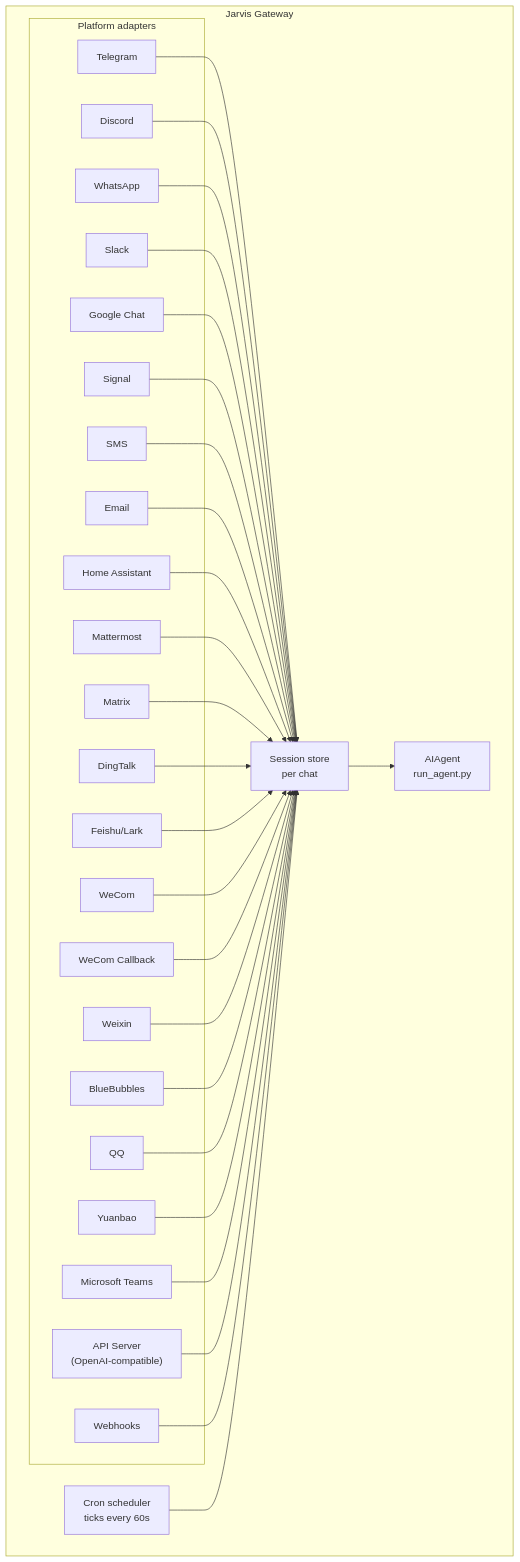
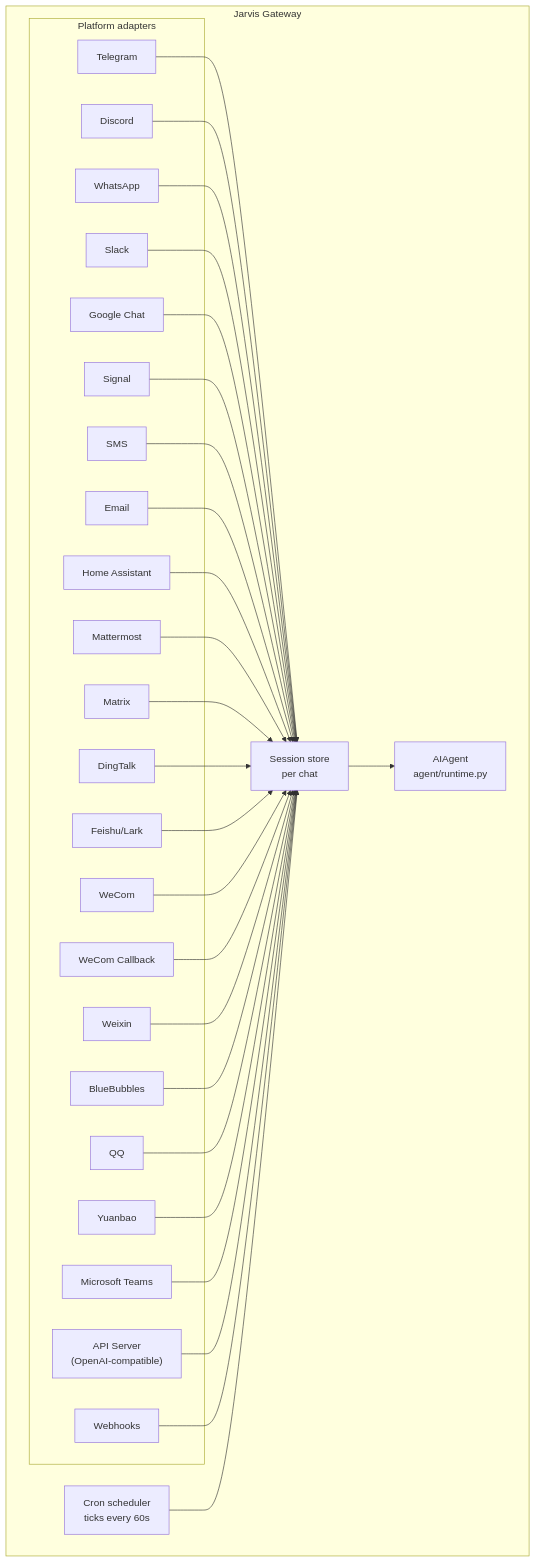
Before and after one commit to SethyPagna/Secretary-Jarvis: the diagram in ops/docs/jarvis/social-media-and-platforms.md, drawn with Mermaid. The commit also changed 309 other files, not shown here.

Commit message:
chore(agent): move runtime into agent package

````diff
--- a/ops/docs/jarvis/social-media-and-platforms.md
+++ b/ops/docs/jarvis/social-media-and-platforms.md
@@ -49,58 +49,58 @@
 ```mermaid
 flowchart TB
     subgraph Gateway["Jarvis Gateway"]
         subgraph Adapters["Platform adapters"]
             tg[Telegram]
             dc[Discord]
             wa[WhatsApp]
             sl[Slack]
             gc[Google Chat]
             sig[Signal]
             sms[SMS]
             em[Email]
             ha[Home Assistant]
             mm[Mattermost]
             mx[Matrix]
             dt[DingTalk]
     fs[Feishu/Lark]
     wc[WeCom]
     wcb[WeCom Callback]
     wx[Weixin]
     bb[BlueBubbles]
     qq[QQ]
     yb[Yuanbao]
     ms[Microsoft Teams]
     api["API Server<br/>(OpenAI-compatible)"]
     wh[Webhooks]
         end
 
         store["Session store<br/>per chat"]
-        agent["AIAgent<br/>run_agent.py"]
+        agent["AIAgent<br/>agent/runtime.py"]
         cron["Cron scheduler<br/>ticks every 60s"]
     end
 
     tg --> store
     dc --> store
     wa --> store
     sl --> store
     gc --> store
     sig --> store
     sms --> store
     em --> store
     ha --> store
     mm --> store
     mx --> store
     dt --> store
     fs --> store
     wc --> store
     wcb --> store
     wx --> store
     bb --> store
     qq --> store
     yb --> store
     ms --> store
     api --> store
     wh --> store
     store --> agent
     cron --> store
 ```
````
